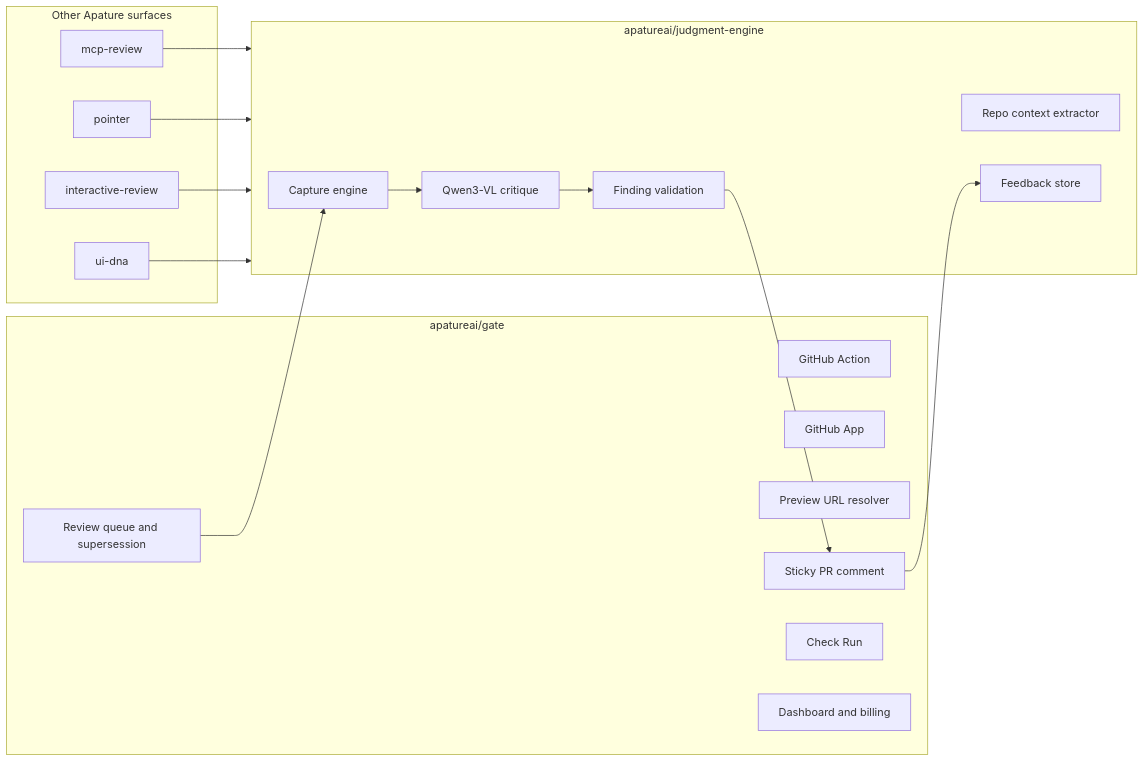
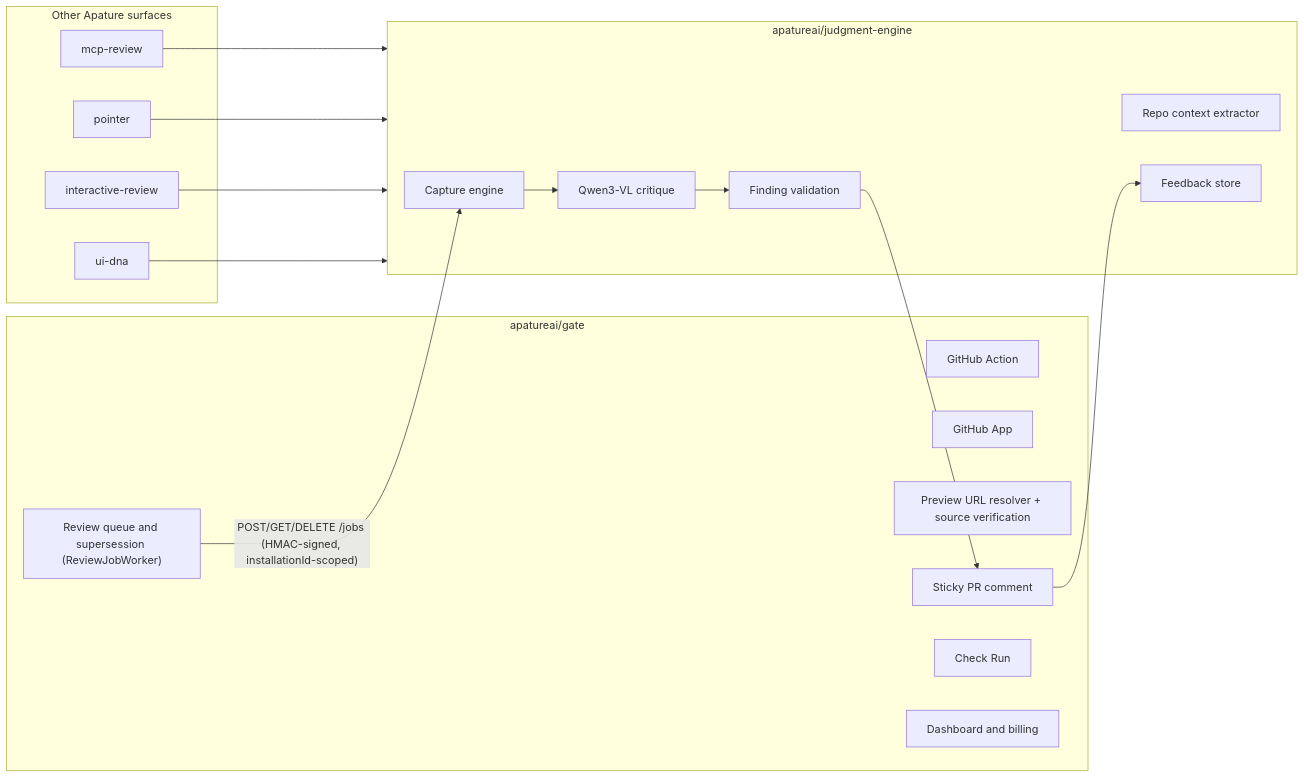
Before and after one commit to apatureai/gate: the second of 4 diagrams in ARCHITECTURE.md, drawn with Mermaid. The commit also changed other lines of this file and 2 other files, not shown here.

First line of the commit message:
docs: end-to-end backlog + architecture review

````diff
--- a/ARCHITECTURE.md
+++ b/ARCHITECTURE.md
@@ -38,37 +49,37 @@
 ```mermaid
 flowchart LR
   subgraph Gate["apatureai/gate"]
     A["GitHub Action"]
     B["GitHub App"]
-    C["Preview URL resolver"]
-    D["Review queue and supersession"]
+    C["Preview URL resolver + source verification"]
+    D["Review queue and supersession (ReviewJobWorker)"]
     E["Sticky PR comment"]
     F["Check Run"]
     G["Dashboard and billing"]
   end
 
   subgraph Engine["apatureai/judgment-engine"]
     H["Capture engine"]
     I["Repo context extractor"]
     J["Qwen3-VL critique"]
     K["Finding validation"]
     L["Feedback store"]
   end
 
   subgraph Future["Other Apature surfaces"]
     M["mcp-review"]
     N["pointer"]
     O["interactive-review"]
     P["ui-dna"]
   end
 
-  D --> H
+  D -->|"POST/GET/DELETE /jobs (HMAC-signed, installationId-scoped)"| H
   H --> J
   J --> K
   K --> E
   E --> L
   M --> Engine
   N --> Engine
   O --> Engine
   P --> Engine
 ```
````
